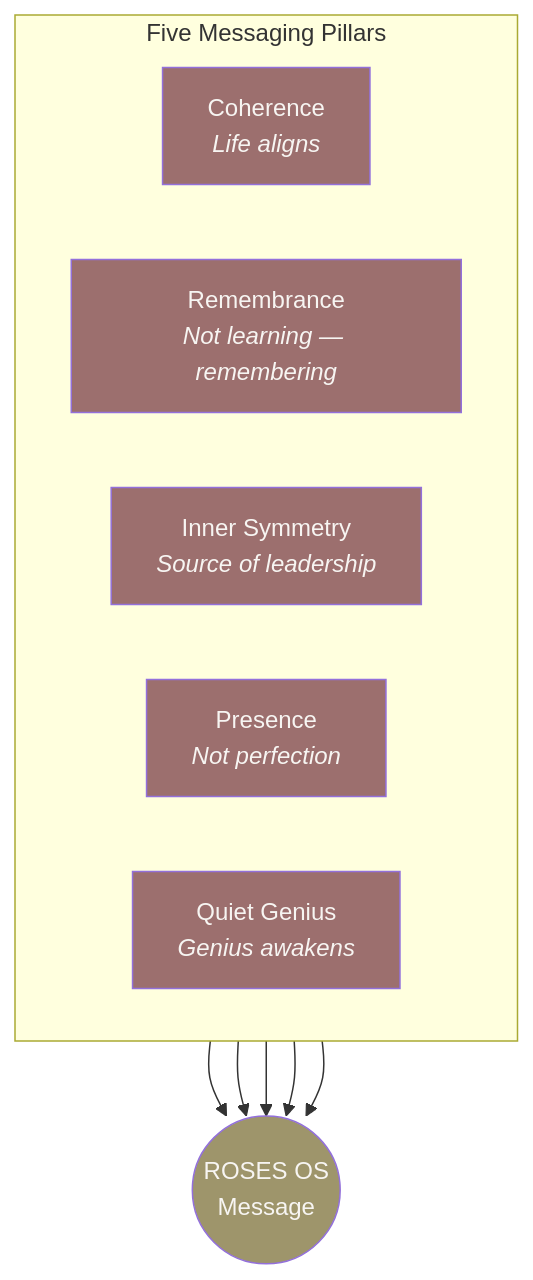
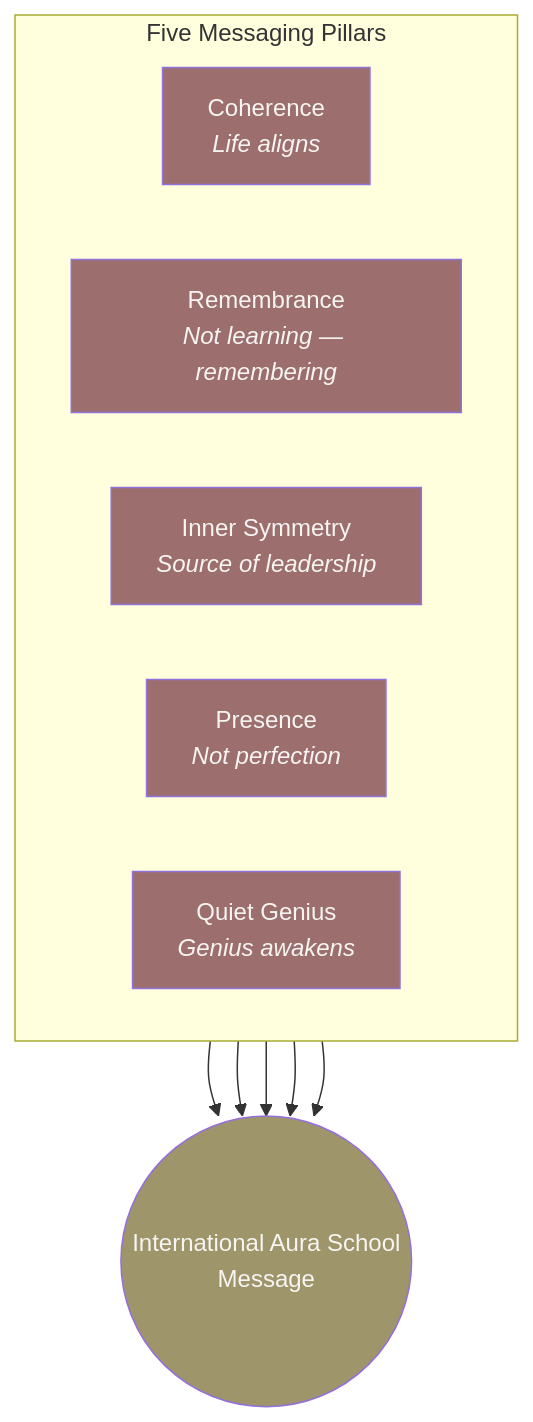
One commit to Light-Brands/roses-os changed the seventh of 27 diagrams in docs/brand/brand-dna.md. Above: the diagram before and after it, drawn with Mermaid. The commit also changed other lines of this file and 79 other files, not shown here.

First line of the commit message:
Rename ROSES OS to International Aura School across entire codebase

````diff
--- a/docs/brand/brand-dna.md
+++ b/docs/brand/brand-dna.md
@@ -346,24 +346,24 @@
 ```mermaid
 graph TD
     subgraph PILLARS["Five Messaging Pillars"]
         direction LR
         P1["Coherence<br/><i>Life aligns</i>"]
         P2["Remembrance<br/><i>Not learning — remembering</i>"]
         P3["Inner Symmetry<br/><i>Source of leadership</i>"]
         P4["Presence<br/><i>Not perfection</i>"]
         P5["Quiet Genius<br/><i>Genius awakens</i>"]
     end
 
-    P1 --> CORE((ROSES OS<br/>Message))
+    P1 --> CORE((International Aura School<br/>Message))
     P2 --> CORE
     P3 --> CORE
     P4 --> CORE
     P5 --> CORE
 
     style P1 fill:#9C6F6E,color:#F7F5F2
     style P2 fill:#9C6F6E,color:#F7F5F2
     style P3 fill:#9C6F6E,color:#F7F5F2
     style P4 fill:#9C6F6E,color:#F7F5F2
     style P5 fill:#9C6F6E,color:#F7F5F2
     style CORE fill:#9E956B,color:#F7F5F2
 ```
````
